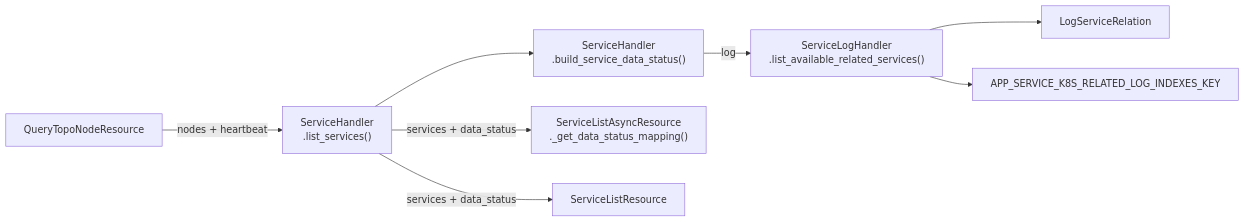
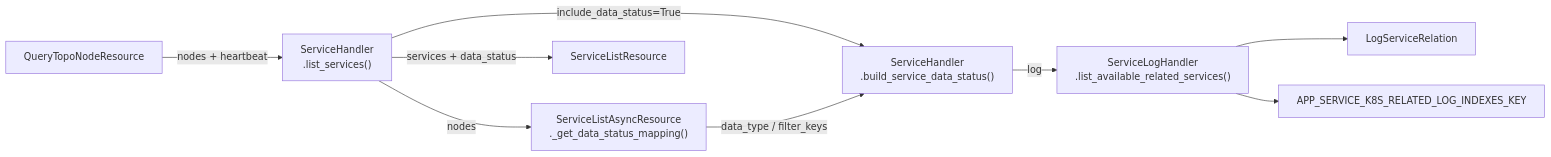
Before and after one commit to ZhuoZhuoCrayon/ai-workspace: the third of 3 diagrams in knowledge/bkmonitor/issues/2026-09-16-apm-service-data-status-heartbeat/PLAN.md, drawn with Mermaid. The commit also changed other lines of this file, not shown here.

````diff
--- a/knowledge/bkmonitor/issues/2026-09-16-apm-service-data-status-heartbeat/PLAN.md
+++ b/knowledge/bkmonitor/issues/2026-09-16-apm-service-data-status-heartbeat/PLAN.md
@@ -405,10 +405,11 @@
 ```mermaid
 flowchart LR
     Q["QueryTopoNodeResource"] -->|"nodes + heartbeat"| L["ServiceHandler<br/>.list_services()"]
-    L --> B["ServiceHandler<br/>.build_service_data_status()"]
+    L -->|"include_data_status=True"| B["ServiceHandler<br/>.build_service_data_status()"]
     B -->|"log"| R["ServiceLogHandler<br/>.list_available_related_services()"]
     R --> LSR["LogServiceRelation"]
     R --> K8S["APP_SERVICE_K8S_RELATED_LOG_INDEXES_KEY"]
-    L -->|"services + data_status"| SA["ServiceListAsyncResource<br/>._get_data_status_mapping()"]
+    L -->|"nodes"| SA["ServiceListAsyncResource<br/>._get_data_status_mapping()"]
+    SA -->|"data_type / filter_keys"| B
     L -->|"services + data_status"| SL["ServiceListResource"]
 ```
````
